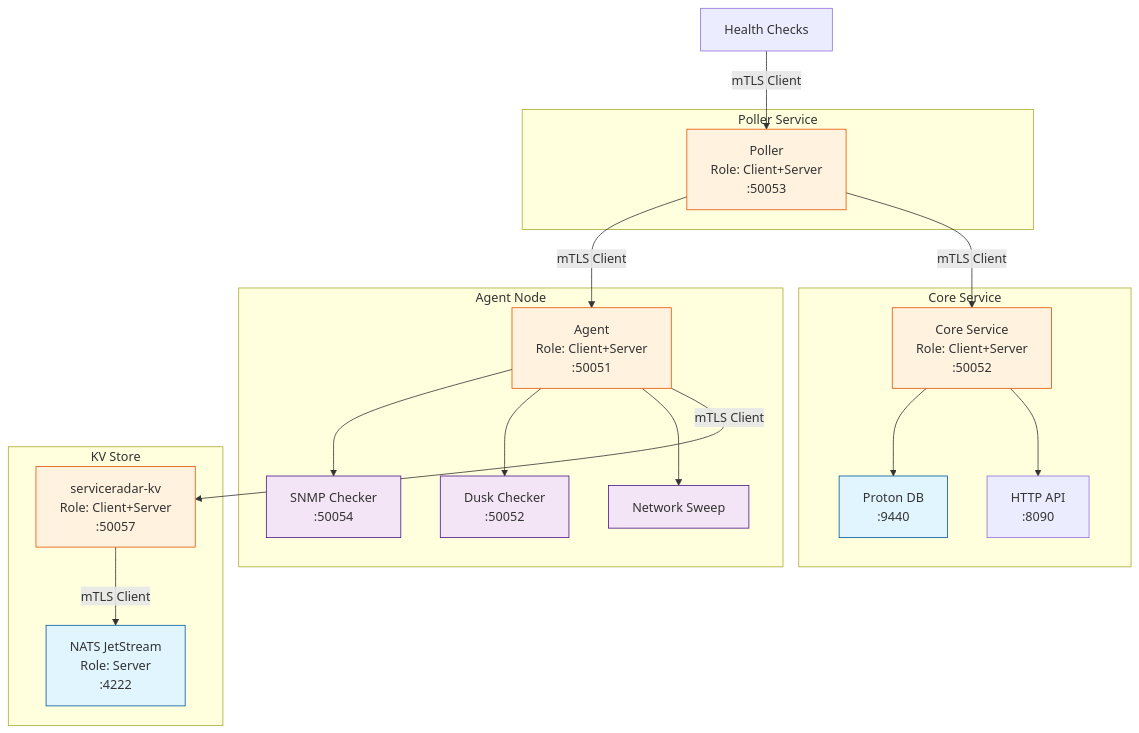
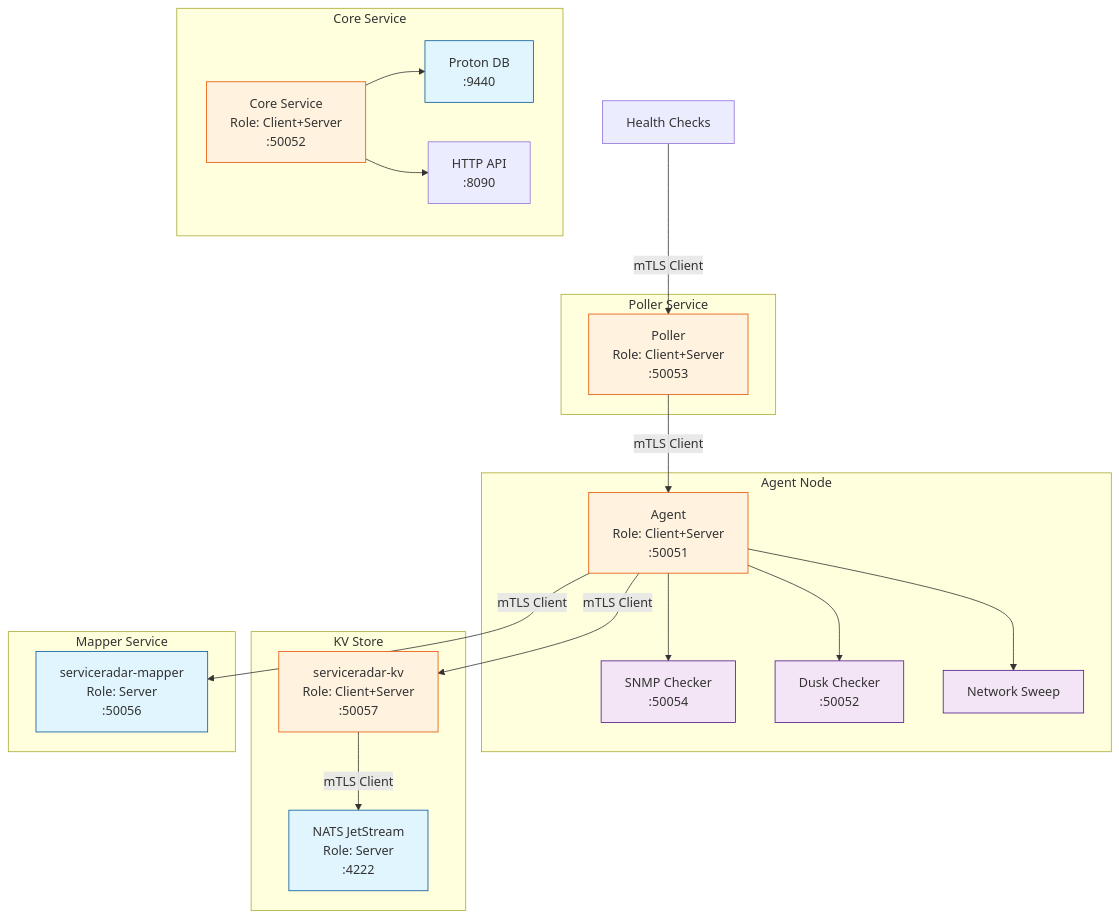
Before and after one commit to carverauto/serviceradar: the diagram in docs/docs/tls-security.md, drawn with Mermaid. The commit also changed 9 other files, not shown here.

````diff
--- a/docs/docs/tls-security.md
+++ b/docs/docs/tls-security.md
@@ -14,46 +14,52 @@
 ```mermaid
 graph TB
-subgraph "Agent Node"
-    AG[Agent<br/>Role: Client+Server<br/>:50051]
-    SNMPCheck[SNMP Checker<br/>:50054]
-    DuskCheck[Dusk Checker<br/>:50052]
-    SweepCheck[Network Sweep]
-    AG --> SNMPCheck
-    AG --> DuskCheck
-    AG --> SweepCheck
-end
-    
-subgraph "Poller Service"
-    PL[Poller<br/>Role: Client+Server<br/>:50053]
-end
-    
-subgraph "Core Service"
-    CL[Core Service<br/>Role: Client+Server<br/>:50052]
-    DB[Proton DB<br/>:9440]
-    API[HTTP API<br/>:8090]
-    CL --> DB
-    CL --> API
-end
+    subgraph "Agent Node"
+        AG[Agent<br/>Role: Client+Server<br/>:50051]
+        SNMPCheck[SNMP Checker<br/>:50054]
+        DuskCheck[Dusk Checker<br/>:50052]
+        SweepCheck[Network Sweep]
+        AG --> SNMPCheck
+        AG --> DuskCheck
+        AG --> SweepCheck
+    end
 
-subgraph "KV Store"
-    KV[serviceradar-kv<br/>Role: Client+Server<br/>:50057]
-    NATS[NATS JetStream<br/>Role: Server<br/>:4222]
-    KV -->|mTLS Client| NATS
-    AG -->|mTLS Client| KV
-end
-    
-%% Client connections from Poller
-PL -->|mTLS Client| AG
-PL -->|mTLS Client| CL
-    
+    subgraph "Poller Service"
+        PL[Poller<br/>Role: Client+Server<br/>:50053]
+    end
+
+    subgraph "Core Service"
+        CL[Core Service<br/>Role: Client+Server<br/>:50052]
+        DB[Proton DB<br/>:9440]
+        API[HTTP API<br/>:8090]
+        CL --> DB
+        CL --> API
+    end
+
+    subgraph "KV Store"
+        KV[serviceradar-kv<br/>Role: Client+Server<br/>:50057]
+        NATS[NATS JetStream<br/>Role: Server<br/>:4222]
+        KV -->|mTLS Client| NATS
+        AG -->|mTLS Client| KV
+    end
+
+    subgraph "Mapper Service"
+        MAP[serviceradar-mapper<br/>Role: Server<br/>:50056]
+    end
+
+%% Client connections from Poller to Agent
+    PL -->|mTLS Client| AG
+
 %% Server connections to Poller
-HC1[Health Checks] -->|mTLS Client| PL
-    
-classDef server fill:#e1f5fe,stroke:#01579b
-classDef client fill:#f3e5f5,stroke:#4a148c
-classDef dual fill:#fff3e0,stroke:#e65100
-    
-class NATS,DB server
-class AG,PL,CL,KV dual
-class SNMPCheck,DuskCheck,SweepCheck client
+    HC1[Health Checks] -->|mTLS Client| PL
+
+%% Client connections from Agent to Mapper
+    AG -->|mTLS Client| MAP
+
+    classDef server fill:#e1f5fe,stroke:#01579b
+    classDef client fill:#f3e5f5,stroke:#4a148c
+    classDef dual fill:#fff3e0,stroke:#e65100
+
+    class NATS,DB,MAP server
+    class AG,PL,CL,KV dual
+    class SNMPCheck,DuskCheck,SweepCheck client
 ```
````
